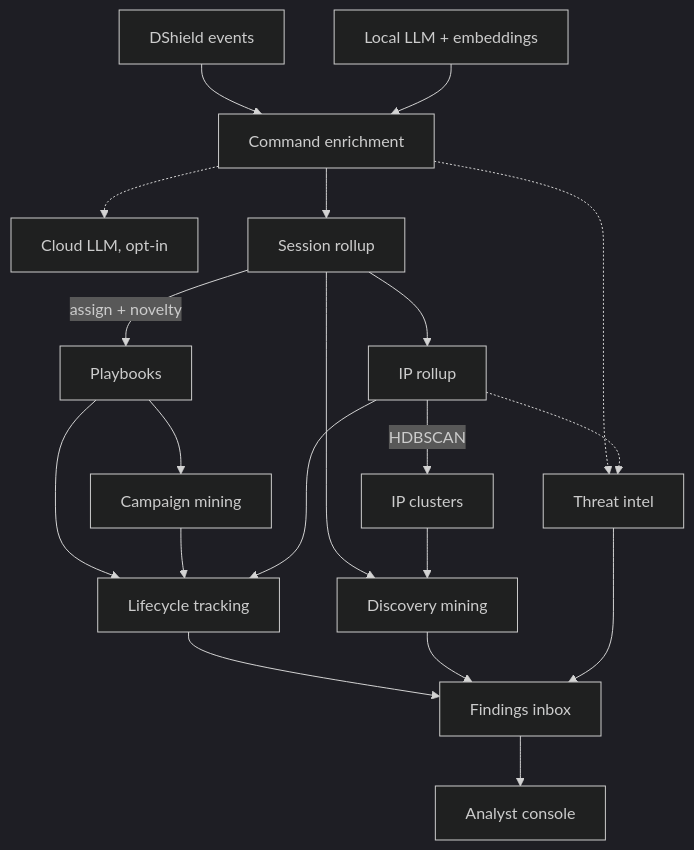
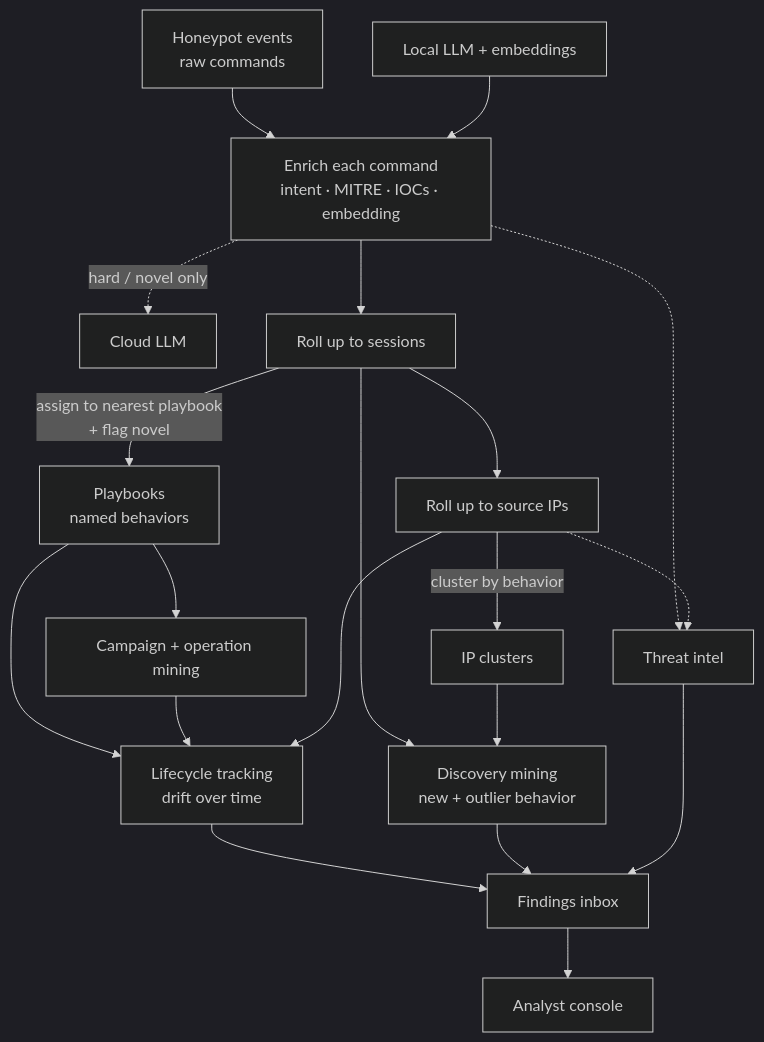
The diagram in README.md (tonysperez/dshield_prism), drawn with Mermaid (dark theme) before and after one commit. The commit also changed other lines of this file and 162 other files, not shown here.

````diff
--- a/README.md
+++ b/README.md
@@ -82,22 +76,22 @@
 ```mermaid
 flowchart TD
-    A[DShield events] --> B[Command enrichment]
+    A[Honeypot events<br/>raw commands] --> B[Enrich each command<br/>intent · MITRE · IOCs · embedding]
     M[Local LLM + embeddings] --> B
-    B -.-> X[Cloud LLM, opt-in]
-    B --> C[Session rollup]
-    C --> D[IP rollup]
-    C -- assign + novelty --> E[Playbooks]
-    D -- HDBSCAN --> F[IP clusters]
-    E --> G[Campaign mining]
+    B -.->|hard / novel only| X[Cloud LLM]
+    B --> C[Roll up to sessions]
+    C --> D[Roll up to source IPs]
+    C -->|assign to nearest playbook<br/>+ flag novel| E[Playbooks<br/>named behaviors]
+    D -->|cluster by behavior| F[IP clusters]
+    E --> G[Campaign + operation mining]
     B -.-> H[Threat intel]
     D -.-> H
-    E --> LC[Lifecycle tracking]
+    E --> LC[Lifecycle tracking<br/>drift over time]
     G --> LC
     D --> LC
-    C --> DC[Discovery mining]
+    C --> DC[Discovery mining<br/>new + outlier behavior]
     F --> DC
     LC --> I[Findings inbox]
     DC --> I
     H --> I
     I --> J[Analyst console]
 ```
````
